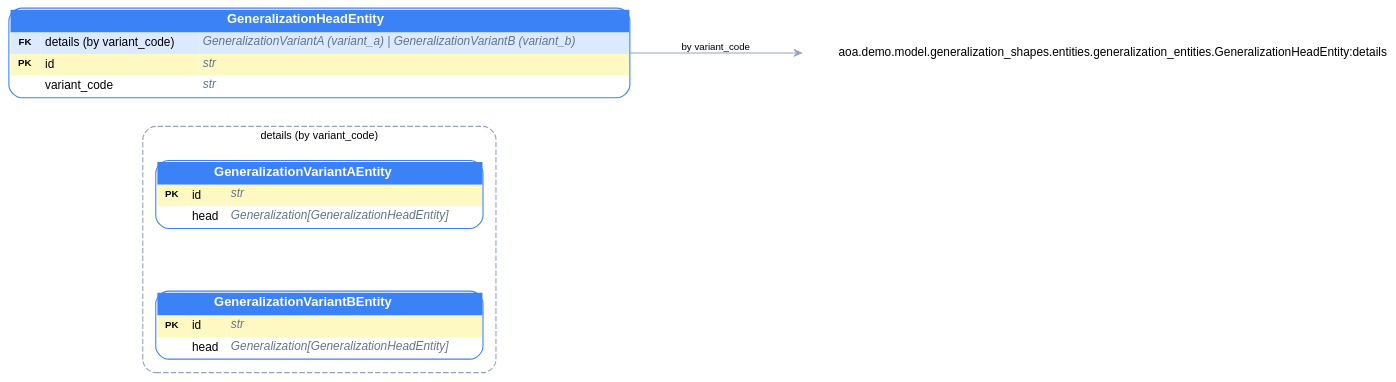
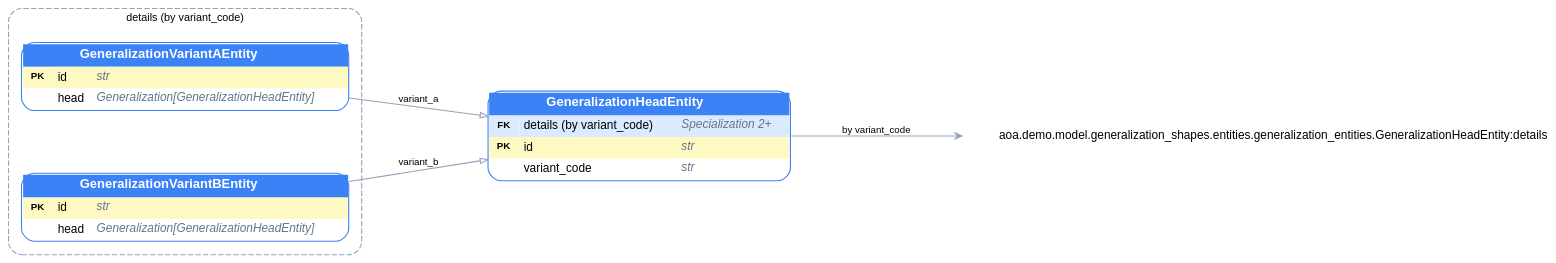
The diagram in specs/004-demonstrator-stand/contracts/stand-erd.dot (bystrovmaxim/aoa), drawn with Graphviz before and after one commit. The commit also changed 11 other files, not shown here.

Commit message:
Maxitor: the generalization half of the ERD axis and bare service addresses (#202)

```diff
--- a/specs/004-demonstrator-stand/contracts/stand-erd.dot
+++ b/specs/004-demonstrator-stand/contracts/stand-erd.dot
@@ -1,22 +1,24 @@
 digraph ERD {
   graph [rankdir=LR fontname="Helvetica" bgcolor=transparent pad="0.5" nodesep="0.8" ranksep="1.2"]
   node  [shape=none fontname="Helvetica" fontsize=11 margin="0"]
   edge  [fontname="Helvetica" fontsize=9 color="#94a3b8" arrowsize=0.7]
 
   subgraph "cluster_aoa.demo.model.generalization_shapes.entities.generalization_entities.GeneralizationHeadEntity:details" {
     label="details (by variant_code)";
     style="rounded,dashed";
     color="#94a3b8";
     fontsize=10;
     margin=12;
   "aoa.demo.model.generalization_shapes.entities.generalization_entities.GeneralizationVariantAEntity" [label=<<TABLE BGCOLOR="white" BORDER="1" CELLBORDER="0" CELLSPACING="0" CELLPADDING="4" STYLE="ROUNDED" COLOR="#3b82f6"><TR><TD COLSPAN="3" BGCOLOR="#3b82f6" ALIGN="CENTER"><FONT COLOR="white" POINT-SIZE="12"><B>GeneralizationVariantAEntity</B></FONT></TD></TR><TR><TD BGCOLOR="#fef9c3" ALIGN="CENTER" WIDTH="28"><FONT POINT-SIZE="9"><B>PK</B></FONT></TD><TD BGCOLOR="#fef9c3" ALIGN="LEFT">id</TD><TD BGCOLOR="#fef9c3" ALIGN="LEFT"><FONT COLOR="#64748b"><I>str</I></FONT></TD></TR>
       <TR><TD BGCOLOR="#ffffff" WIDTH="28"></TD><TD BGCOLOR="#ffffff" ALIGN="LEFT">head</TD><TD BGCOLOR="#ffffff" ALIGN="LEFT"><FONT COLOR="#64748b"><I>Generalization[GeneralizationHeadEntity]</I></FONT></TD></TR></TABLE>>]
   "aoa.demo.model.generalization_shapes.entities.generalization_entities.GeneralizationVariantBEntity" [label=<<TABLE BGCOLOR="white" BORDER="1" CELLBORDER="0" CELLSPACING="0" CELLPADDING="4" STYLE="ROUNDED" COLOR="#3b82f6"><TR><TD COLSPAN="3" BGCOLOR="#3b82f6" ALIGN="CENTER"><FONT COLOR="white" POINT-SIZE="12"><B>GeneralizationVariantBEntity</B></FONT></TD></TR><TR><TD BGCOLOR="#fef9c3" ALIGN="CENTER" WIDTH="28"><FONT POINT-SIZE="9"><B>PK</B></FONT></TD><TD BGCOLOR="#fef9c3" ALIGN="LEFT">id</TD><TD BGCOLOR="#fef9c3" ALIGN="LEFT"><FONT COLOR="#64748b"><I>str</I></FONT></TD></TR>
       <TR><TD BGCOLOR="#ffffff" WIDTH="28"></TD><TD BGCOLOR="#ffffff" ALIGN="LEFT">head</TD><TD BGCOLOR="#ffffff" ALIGN="LEFT"><FONT COLOR="#64748b"><I>Generalization[GeneralizationHeadEntity]</I></FONT></TD></TR></TABLE>>]
   }
-  "aoa.demo.model.generalization_shapes.entities.generalization_entities.GeneralizationHeadEntity" [label=<<TABLE BGCOLOR="white" BORDER="1" CELLBORDER="0" CELLSPACING="0" CELLPADDING="4" STYLE="ROUNDED" COLOR="#3b82f6"><TR><TD COLSPAN="3" BGCOLOR="#3b82f6" ALIGN="CENTER"><FONT COLOR="white" POINT-SIZE="12"><B>GeneralizationHeadEntity</B></FONT></TD></TR><TR><TD BGCOLOR="#dbeafe" ALIGN="CENTER" WIDTH="28"><FONT POINT-SIZE="9"><B>FK</B></FONT></TD><TD BGCOLOR="#dbeafe" ALIGN="LEFT">details (by variant_code)</TD><TD BGCOLOR="#dbeafe" ALIGN="LEFT"><FONT COLOR="#64748b"><I>GeneralizationVariantA (variant_a) | GeneralizationVariantB (variant_b)</I></FONT></TD></TR>
+  "aoa.demo.model.generalization_shapes.entities.generalization_entities.GeneralizationHeadEntity" [label=<<TABLE BGCOLOR="white" BORDER="1" CELLBORDER="0" CELLSPACING="0" CELLPADDING="4" STYLE="ROUNDED" COLOR="#3b82f6"><TR><TD COLSPAN="3" BGCOLOR="#3b82f6" ALIGN="CENTER"><FONT COLOR="white" POINT-SIZE="12"><B>GeneralizationHeadEntity</B></FONT></TD></TR><TR><TD BGCOLOR="#dbeafe" ALIGN="CENTER" WIDTH="28"><FONT POINT-SIZE="9"><B>FK</B></FONT></TD><TD BGCOLOR="#dbeafe" ALIGN="LEFT">details (by variant_code)</TD><TD BGCOLOR="#dbeafe" ALIGN="LEFT" TOOLTIP="variant_a → GeneralizationVariantAEntity&#10;variant_b → GeneralizationVariantBEntity"><FONT COLOR="#64748b"><I>Specialization 2+</I></FONT></TD></TR>
       <TR><TD BGCOLOR="#fef9c3" ALIGN="CENTER" WIDTH="28"><FONT POINT-SIZE="9"><B>PK</B></FONT></TD><TD BGCOLOR="#fef9c3" ALIGN="LEFT">id</TD><TD BGCOLOR="#fef9c3" ALIGN="LEFT"><FONT COLOR="#64748b"><I>str</I></FONT></TD></TR>
       <TR><TD BGCOLOR="#ffffff" WIDTH="28"></TD><TD BGCOLOR="#ffffff" ALIGN="LEFT">variant_code</TD><TD BGCOLOR="#ffffff" ALIGN="LEFT"><FONT COLOR="#64748b"><I>str</I></FONT></TD></TR></TABLE>>]
 
   "aoa.demo.model.generalization_shapes.entities.generalization_entities.GeneralizationHeadEntity" -> "aoa.demo.model.generalization_shapes.entities.generalization_entities.GeneralizationHeadEntity:details" [label="by variant_code" fontsize=9 arrowhead=vee]
+  "aoa.demo.model.generalization_shapes.entities.generalization_entities.GeneralizationVariantAEntity" -> "aoa.demo.model.generalization_shapes.entities.generalization_entities.GeneralizationHeadEntity" [label="variant_a" fontsize=9 arrowhead=empty]
+  "aoa.demo.model.generalization_shapes.entities.generalization_entities.GeneralizationVariantBEntity" -> "aoa.demo.model.generalization_shapes.entities.generalization_entities.GeneralizationHeadEntity" [label="variant_b" fontsize=9 arrowhead=empty]
 }
```
